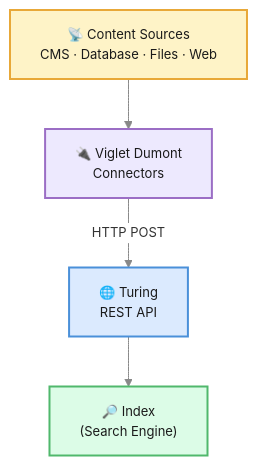
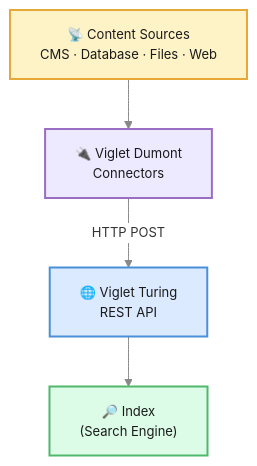
The first of 2 diagrams in frontend/apps/docs/src/content/docs/getting-started/core-concepts.md (openviglet/turing), drawn with Mermaid before and after one commit. The commit also changed other lines of this file and 69 other files, not shown here.

````diff
--- a/frontend/apps/docs/src/content/docs/getting-started/core-concepts.md
+++ b/frontend/apps/docs/src/content/docs/getting-started/core-concepts.md
@@ -38,22 +38,22 @@
 ```mermaid
 %%{init: {'theme': 'base', 'themeVariables': {'fontSize': '13px', 'primaryColor': '#fff', 'primaryBorderColor': '#c0c0c0', 'lineColor': '#888', 'textColor': '#333'}}}%%
 graph TB
     SRC["📡 Content Sources\nCMS · Database · Files · Web"]
     DEP["🔌 Viglet Dumont\nConnectors"]
-    TES["🌐 Turing\nREST API"]
+    TES["🌐 Viglet Turing\nREST API"]
     IDX["🔎 Index\n(Search Engine)"]
 
     SRC --> DEP
     DEP -->|"HTTP POST"| TES
     TES --> IDX
 
     classDef blue fill:#dbeafe,stroke:#4A90D9,stroke-width:2px,color:#1a1a1a
     classDef green fill:#dcfce7,stroke:#50B86C,stroke-width:2px,color:#1a1a1a
     classDef purple fill:#ede9fe,stroke:#9B6EC5,stroke-width:2px,color:#1a1a1a
     classDef amber fill:#fef3c7,stroke:#E8A838,stroke-width:2px,color:#1a1a1a
 
     class SRC amber
     class DEP purple
     class TES blue
     class IDX green
 ```
````
